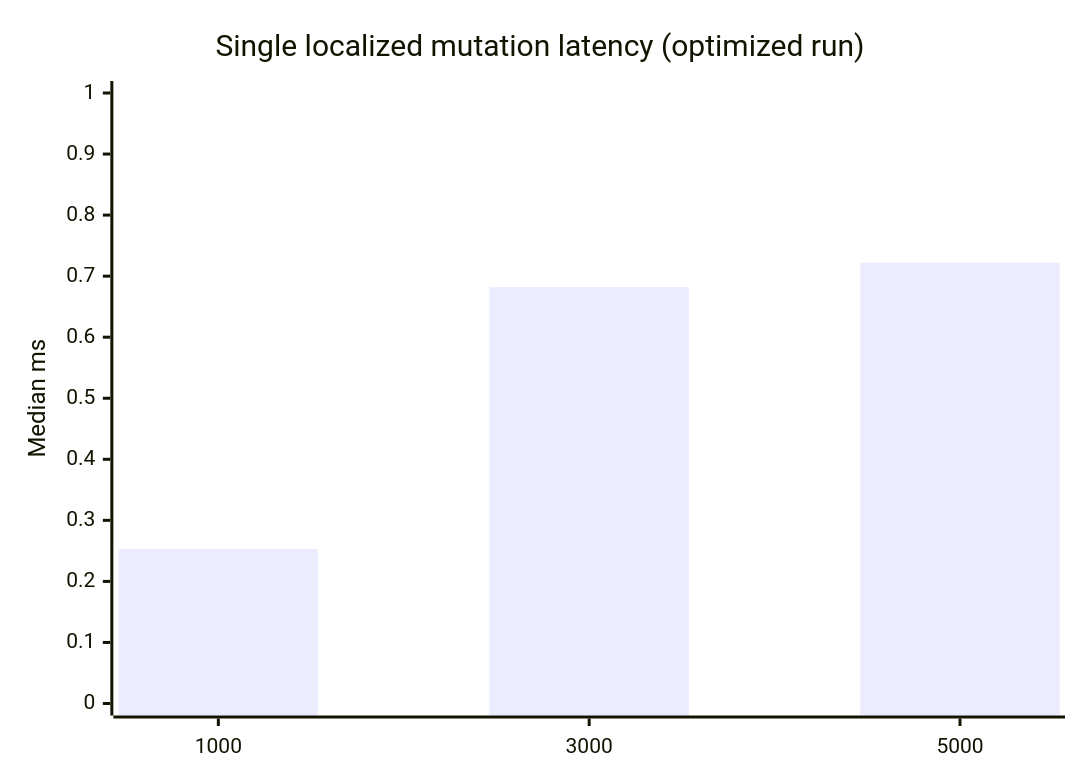
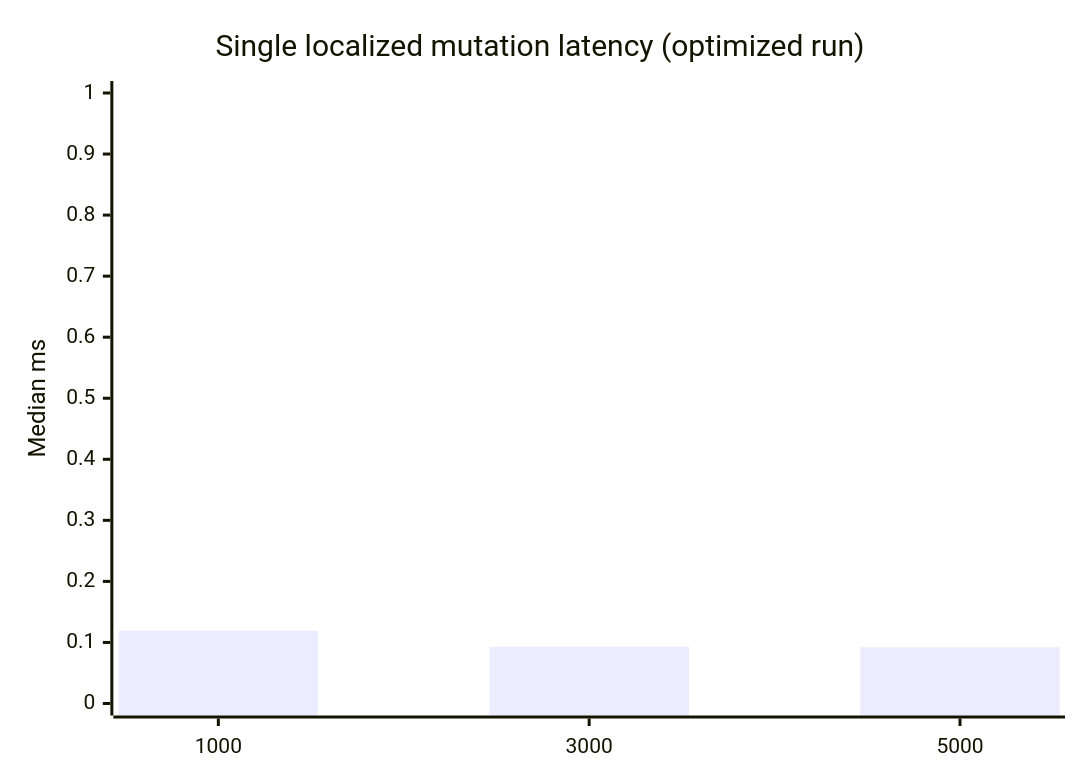
One commit to robert-sanders-software-ontwikkeling/rs-x changed the third of 7 diagrams in reports/rsx-spa-performance/README.md. Above: the diagram before and after it, drawn with Mermaid. The commit also changed other lines of this file and 4 other files, not shown here.

````diff
--- a/reports/rsx-spa-performance/README.md
+++ b/reports/rsx-spa-performance/README.md
@@ -82,7 +94,7 @@
 ```mermaid
 xychart-beta
   title "Single localized mutation latency (optimized run)"
   x-axis [1000, 3000, 5000]
   y-axis "Median ms" 0 --> 1
-  bar [0.253, 0.682, 0.722]
+  bar [0.119, 0.093, 0.092]
 ```
````
